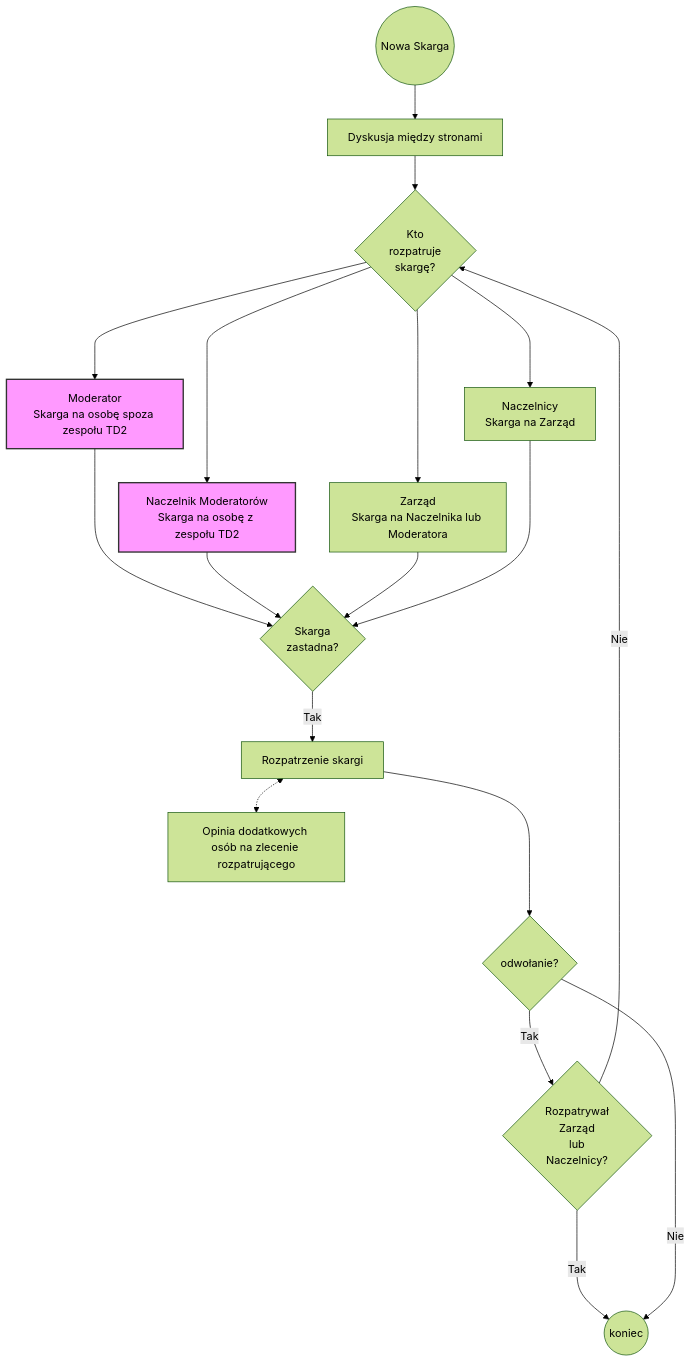
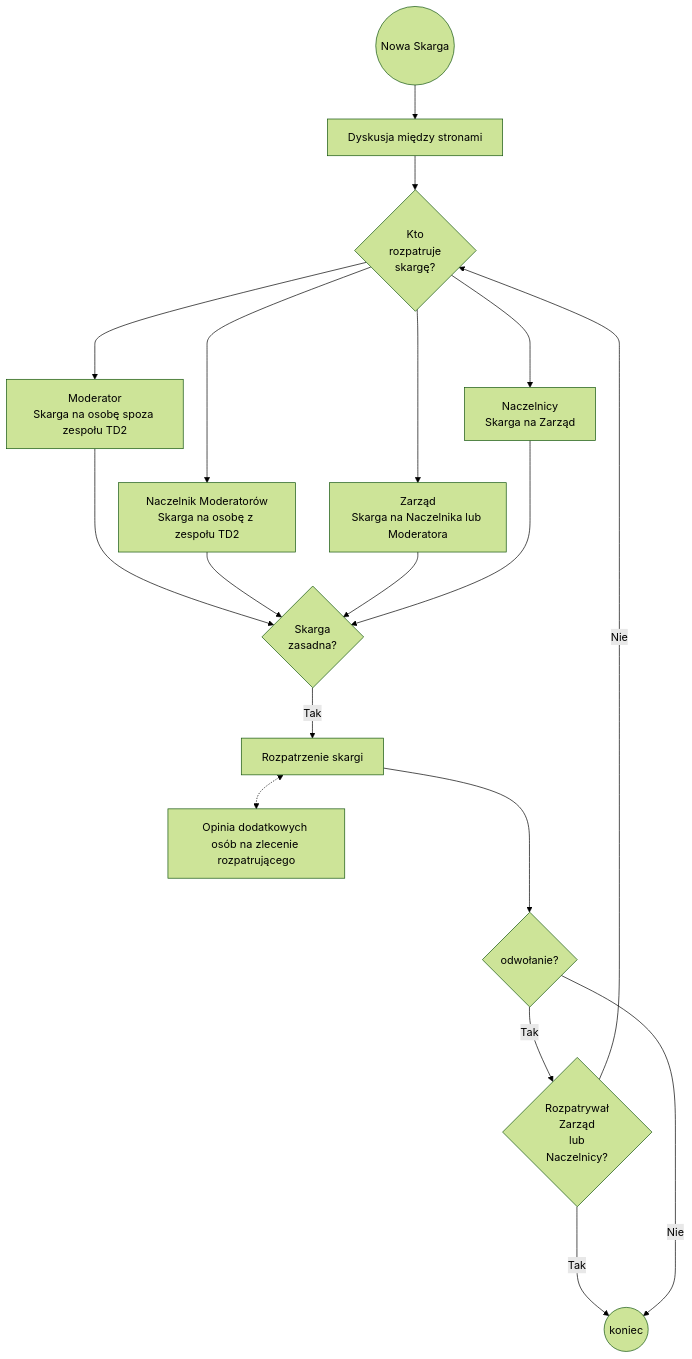
The diagram in docs/Requirements/04-UseCases/06-Reputation system/RS-graph1.mdx (ttsk-ngo/integrator-docs), drawn with Mermaid (forest theme) before and after one commit.

Commit message:
fix(UseCases): Correct typo in reputation system flow diagram

````diff
--- a/docs/Requirements/04-UseCases/06-Reputation system/RS-graph1.mdx
+++ b/docs/Requirements/04-UseCases/06-Reputation system/RS-graph1.mdx
@@ -8,40 +8,35 @@
 ```mermaid
 graph TD
     ns(("Nowa Skarga"))
     wi["Dyskusja między stronami"]
     mod["Moderator<br>Skarga na osobę spoza zespołu TD2"]
     nmod["Naczelnik Moderatorów<br>Skarga na osobę z zespołu TD2"]
     zarzad["Zarząd<br>Skarga na Naczelnika lub Moderatora"]
     nacz["Naczelnicy<br>Skarga na Zarząd"]
     who{"Kto<br>rozpatruje<br>skargę?"}
-    zas{"Skarga<br>zastadna?"}
+    zas{"Skarga<br>zasadna?"}
     orz1["Rozpatrzenie skargi"]
     pom1["Opinia dodatkowych osób na zlecenie rozpatrującego"]
     odw1{"odwołanie?"}
     odw2{"Rozpatrywał<br>Zarząd<br>lub<br>Naczelnicy?"}
     koniec(("koniec"))
 
 
     ns --> wi
     wi --> who
     who ---> mod
     who --> nmod
     who --> zarzad
     who ---> nacz
     mod ---> zas
     nmod --> zas
     zarzad --> zas
     nacz ---> zas
     zas -- Tak --> orz1
     orz1 <-.-> pom1
     orz1 ---> odw1
     odw1 -- Tak --> odw2
     odw2 -- Nie --> who
     odw2 -- Tak ---> koniec
     odw1 -- Nie ---> koniec
-
-    %% Definiowanie klasy CSS
-    classDef centeredText fill:#f9f,stroke:#333,stroke-width:2px,text-align:center,dominant-baseline:middle,text-anchor:middle;
-    %% Przypisywanie klasy do nodów
-    class mod,nmod centeredText;
 ```
````
